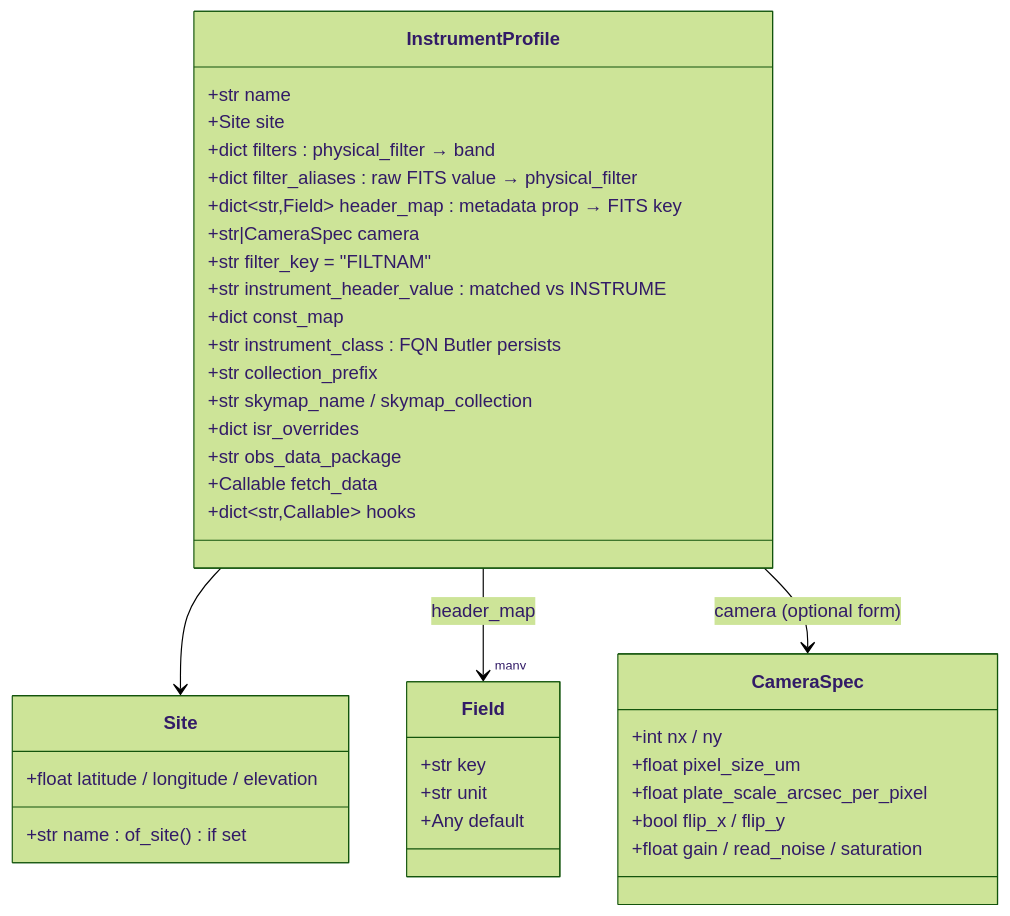
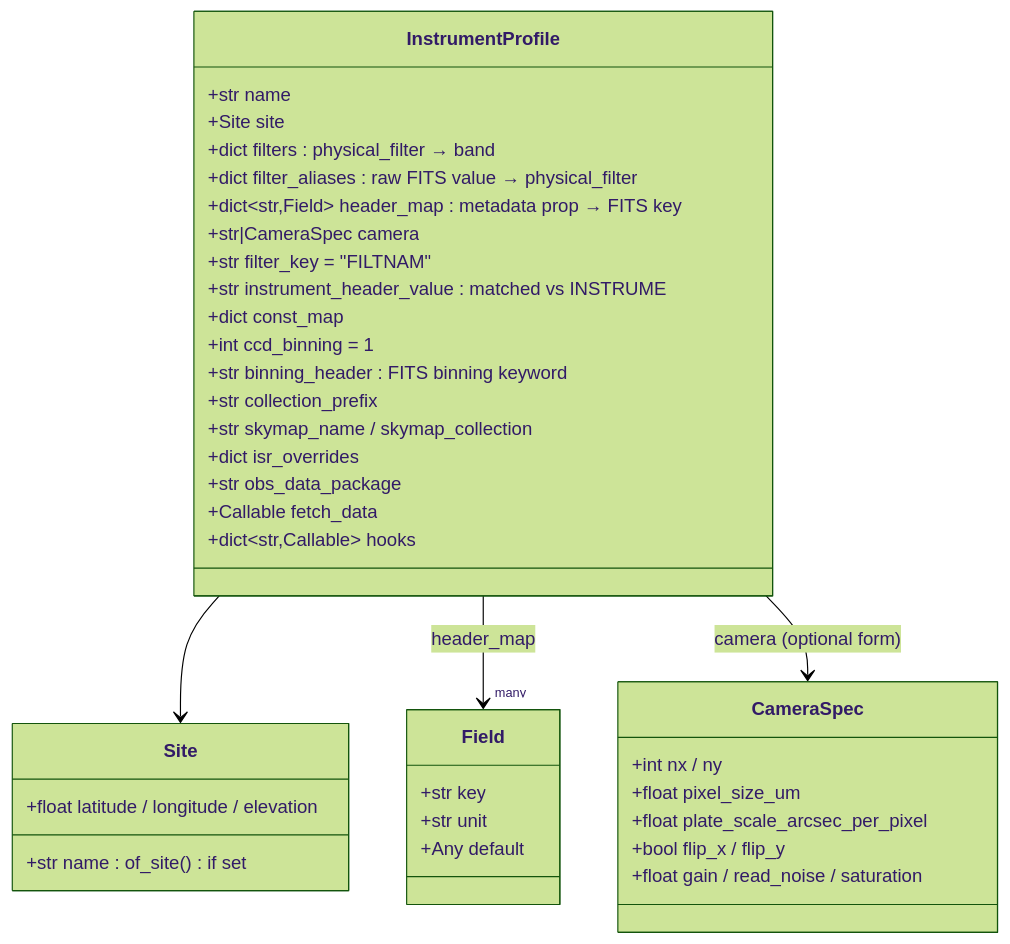
One commit to dangause/stips changed the second of 9 diagrams in docs/obs-abstraction.md. Above: the diagram before and after it, drawn with Mermaid (forest theme). The commit also changed other lines of this file and 9 other files, not shown here.

Commit message:
docs: instrument identity by directory name, binning in the profile, migration note

````diff
--- a/docs/obs-abstraction.md
+++ b/docs/obs-abstraction.md
@@ -61,40 +62,41 @@
 ```mermaid
 classDiagram
     class InstrumentProfile {
         +str name
         +Site site
         +dict filters          : physical_filter → band
         +dict filter_aliases   : raw FITS value → physical_filter
         +dict~str,Field~ header_map : metadata prop → FITS key
         +str|CameraSpec camera
         +str filter_key = "FILTNAM"
         +str instrument_header_value  : matched vs INSTRUME
         +dict const_map
-        +str instrument_class  : FQN Butler persists
+        +int ccd_binning = 1
+        +str binning_header  : FITS binning keyword
         +str collection_prefix
         +str skymap_name / skymap_collection
         +dict isr_overrides
         +str obs_data_package
         +Callable fetch_data
         +dict~str,Callable~ hooks
     }
     class Site {
         +float latitude / longitude / elevation
         +str name   : of_site() if set
     }
     class Field {
         +str key
         +str unit
         +Any default
     }
     class CameraSpec {
         +int nx / ny
         +float pixel_size_um
         +float plate_scale_arcsec_per_pixel
         +bool flip_x / flip_y
         +float gain / read_noise / saturation
     }
     InstrumentProfile --> Site
     InstrumentProfile --> "many" Field : header_map
     InstrumentProfile --> CameraSpec : camera (optional form)
 ```
````
